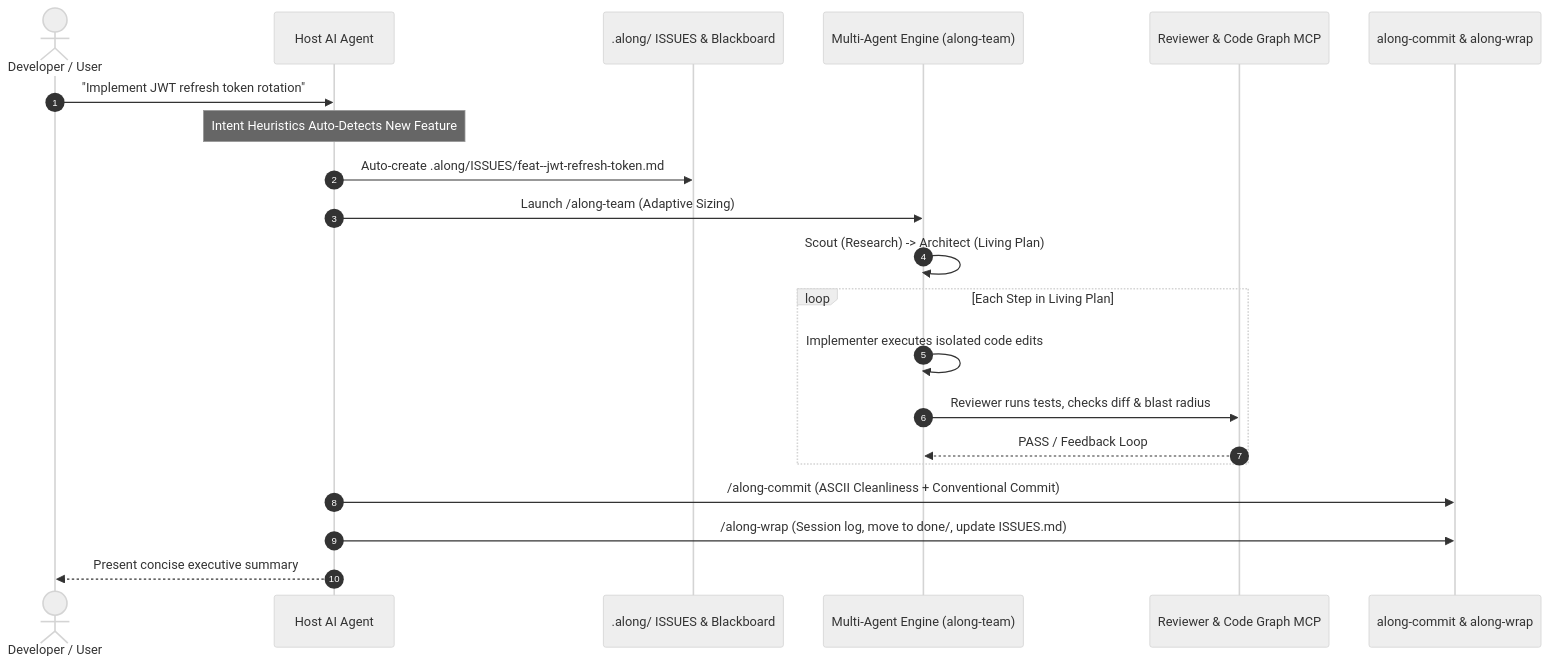
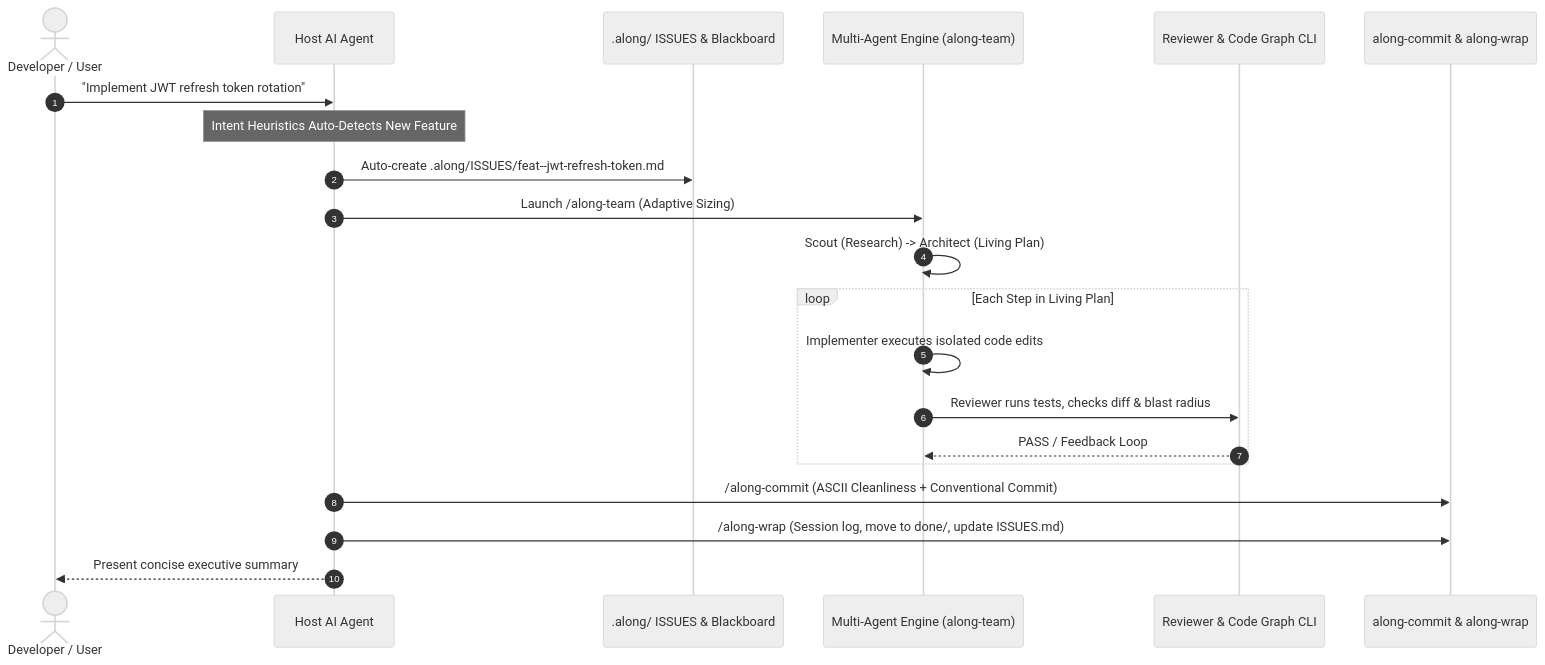
One commit to actdim/along changed the fourth of 6 diagrams in docs/topic--architecture.md. Above: the diagram before and after it, drawn with Mermaid (neutral theme). The commit also changed other lines of this file and 70 other files, not shown here.

````diff
--- a/docs/topic--architecture.md
+++ b/docs/topic--architecture.md
@@ -304,24 +305,24 @@
 ```mermaid
 sequenceDiagram
     autonumber
     actor Human as Developer / User
     participant Agent as Host AI Agent
     participant Memory as .along/ ISSUES & Blackboard
     participant Team as Multi-Agent Engine (along-team)
-    participant Verify as Reviewer & Code Graph MCP
+    participant Verify as Reviewer & Code Graph CLI
     participant Commit as along-commit & along-wrap
 
     Human->>Agent: "Implement JWT refresh token rotation"
     Note over Agent: Intent Heuristics Auto-Detects New Feature
     Agent->>Memory: Auto-create .along/ISSUES/feat--jwt-refresh-token.md
     Agent->>Team: Launch /along-team (Adaptive Sizing)
     Team->>Team: Scout (Research) -> Architect (Living Plan)
     loop Each Step in Living Plan
         Team->>Team: Implementer executes isolated code edits
         Team->>Verify: Reviewer runs tests, checks diff & blast radius
         Verify-->>Team: PASS / Feedback Loop
     end
     Agent->>Commit: /along-commit (ASCII Cleanliness + Conventional Commit)
     Agent->>Commit: /along-wrap (Session log, move to done/, update ISSUES.md)
     Agent-->>Human: Present concise executive summary
 ```
````
